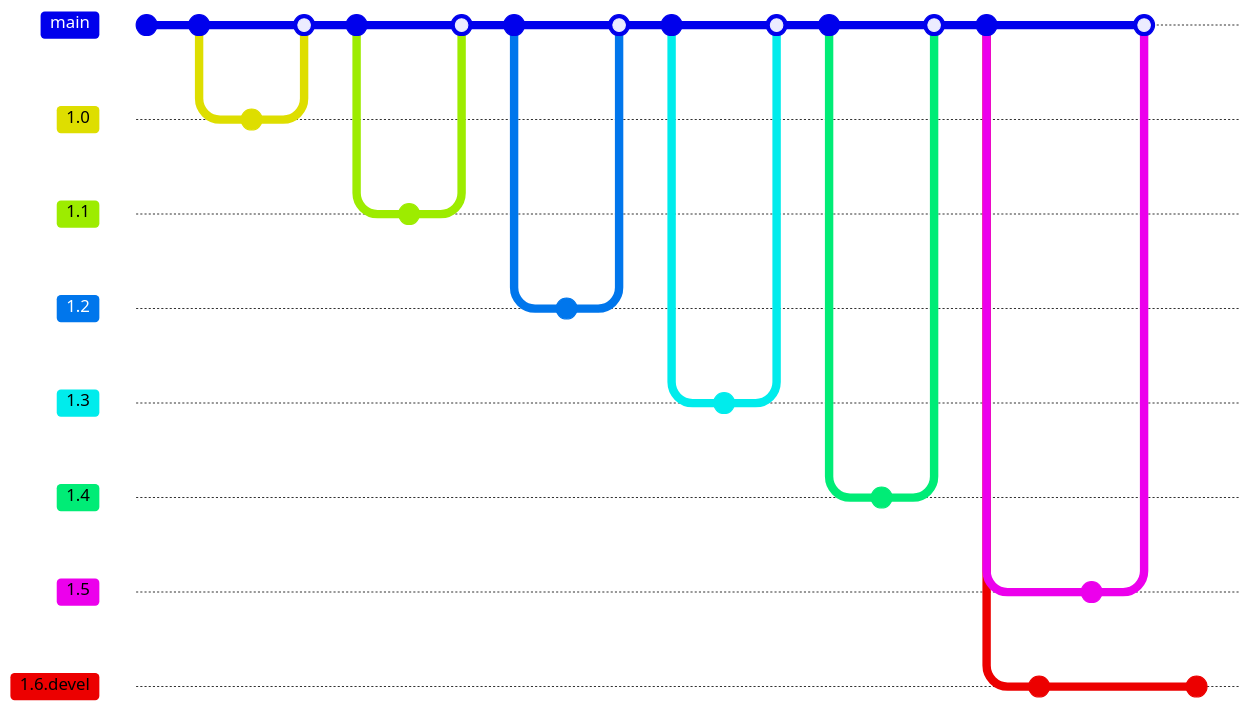
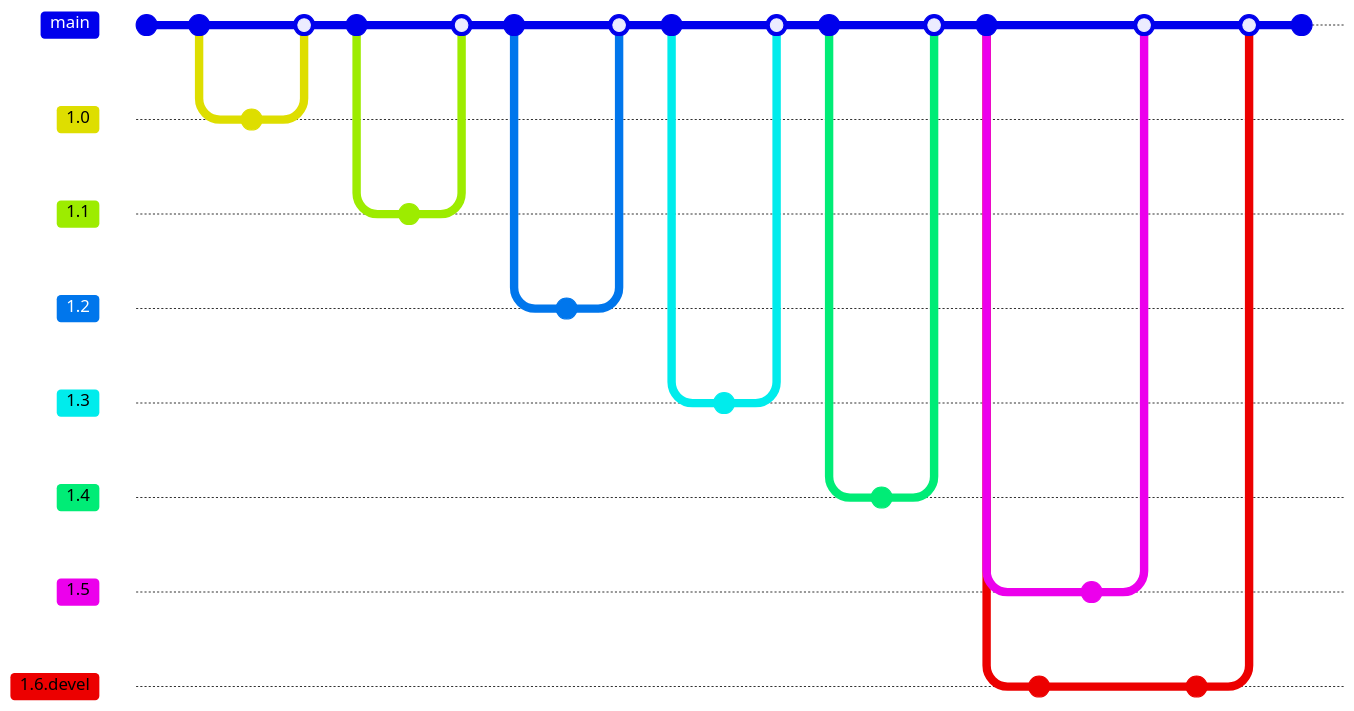
Before and after one commit to gianmarco-mameli/uselessrepo: the diagram in graph.md, drawn with Mermaid. Commit ids are hidden.

````diff
--- a/graph.md
+++ b/graph.md
@@ -1,44 +1,47 @@
 ```mermaid
 gitGraph
     commit
     commit
     branch 1.0
     checkout 1.0
     commit
     checkout main
     merge 1.0
     commit
     branch 1.1
     checkout 1.1
     commit
     checkout main
     merge 1.1
     commit
     branch 1.2
     checkout 1.2
     commit
     checkout main
     merge 1.2
     commit
     branch 1.3
     checkout 1.3
     commit
     checkout main
     merge 1.3
     commit
     branch 1.4
     checkout 1.4
     commit
     checkout main
     merge 1.4
     commit
     branch 1.5
     branch 1.6.devel
     commit
     checkout 1.5
     commit
     checkout main
     merge 1.5
     checkout 1.6.devel
     commit
+    checkout main
+    merge 1.6.devel
+    commit
 ```
````
